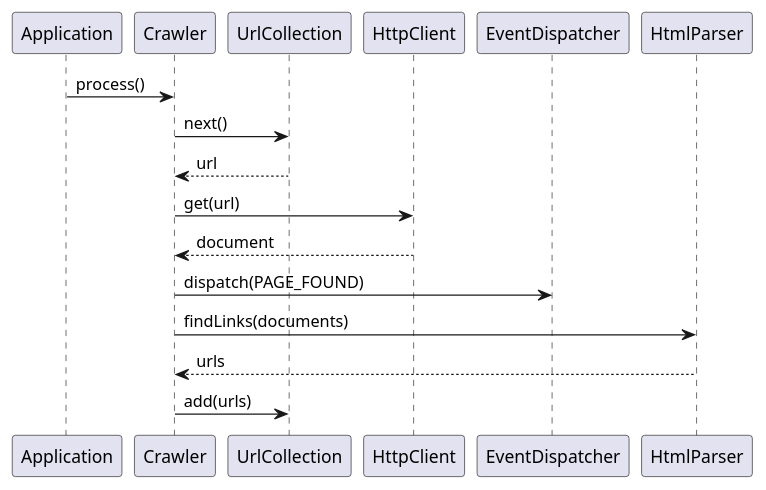
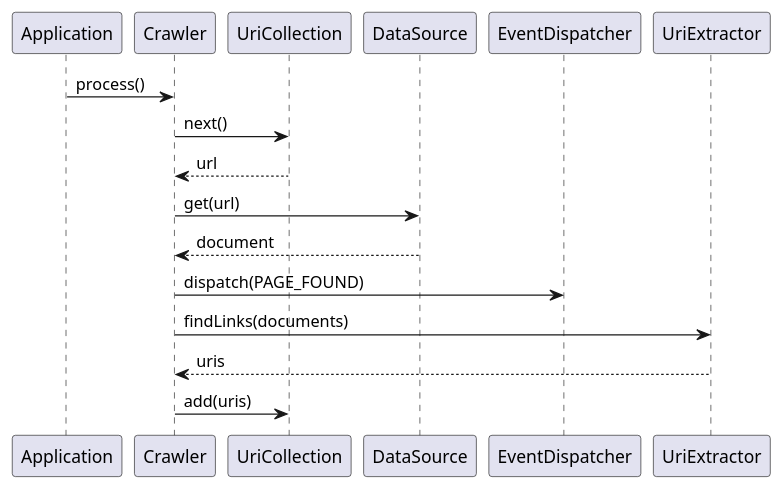
One commit to dobrosite/crawler changed the diagram in docs/overview_sequence.puml. Above: the diagram before and after it, drawn with PlantUML. The commit also changed 10 other files, not shown here.

```diff
--- a/docs/overview_sequence.puml
+++ b/docs/overview_sequence.puml
@@ -1,19 +1,19 @@
 @startuml
 
 
 Application -> Crawler : process()
 
-Crawler -> UrlCollection : next()
-Crawler <-- UrlCollection : url
+Crawler -> UriCollection : next()
+Crawler <-- UriCollection : url
 
-Crawler -> HttpClient : get(url)
-Crawler <-- HttpClient : document
+Crawler -> DataSource : get(url)
+Crawler <-- DataSource : document
 
 Crawler -> EventDispatcher : dispatch(PAGE_FOUND)
 
-Crawler -> HtmlParser : findLinks(documents)
-Crawler <-- HtmlParser : urls
+Crawler -> UriExtractor : findLinks(documents)
+Crawler <-- UriExtractor : uris
 
-Crawler -> UrlCollection : add(urls)
+Crawler -> UriCollection : add(uris)
 
 @enduml
```
